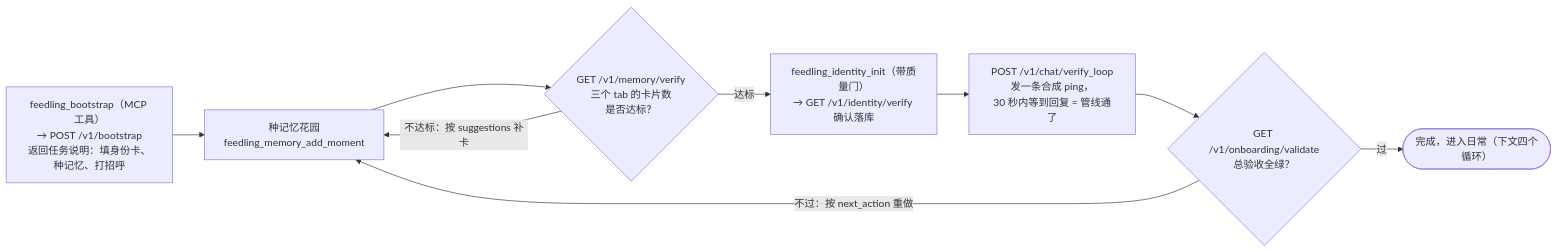
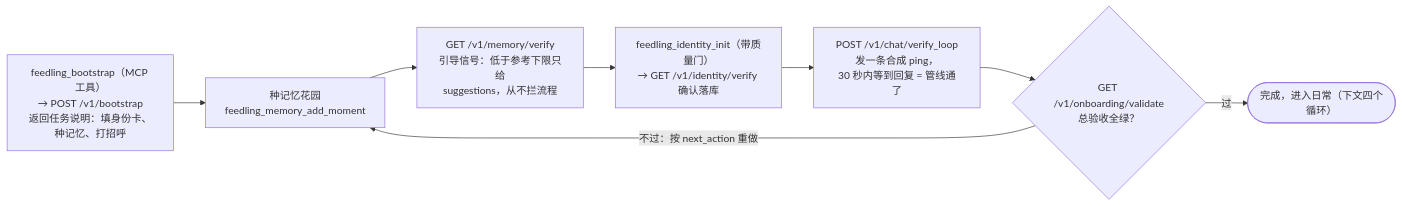
Before and after one commit to sonnyproto/feedling-mcp: the second of 8 diagrams in docs/RUNTIME_FLOWS.md, drawn with Mermaid. The commit also changed other lines of this file and 10 other files, not shown here.

````diff
--- a/docs/RUNTIME_FLOWS.md
+++ b/docs/RUNTIME_FLOWS.md
@@ -85,15 +88,13 @@
 ```mermaid
 flowchart LR
     B["feedling_bootstrap（MCP 工具）<br/>→ POST /v1/bootstrap<br/>返回任务说明：填身份卡、种记忆、打招呼"]
     M["种记忆花园<br/>feedling_memory_add_moment"]
-    MV{"GET /v1/memory/verify<br/>三个 tab 的卡片数<br/>是否达标？"}
+    MV["GET /v1/memory/verify<br/>引导信号：低于参考下限只给<br/>suggestions，从不拦流程"]
     I["feedling_identity_init（带质量门）<br/>→ GET /v1/identity/verify 确认落库"]
     VL["POST /v1/chat/verify_loop<br/>发一条合成 ping，<br/>30 秒内等到回复 = 管线通了"]
     OV{"GET /v1/onboarding/validate<br/>总验收全绿？"}
     OK(["完成，进入日常（下文四个循环）"])
-    B --> M --> MV
-    MV -->|"不达标：按 suggestions 补卡"| M
-    MV -->|"达标"| I --> VL --> OV
+    B --> M --> MV --> I --> VL --> OV
     OV -->|"不过：按 next_action 重做"| M
     OV -->|"过"| OK
 ```
````
